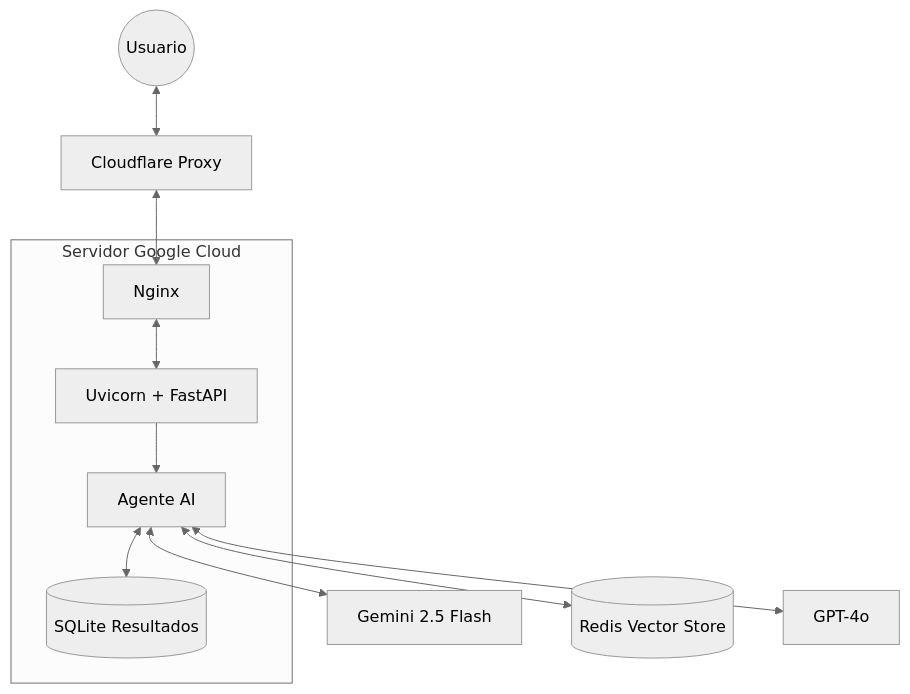
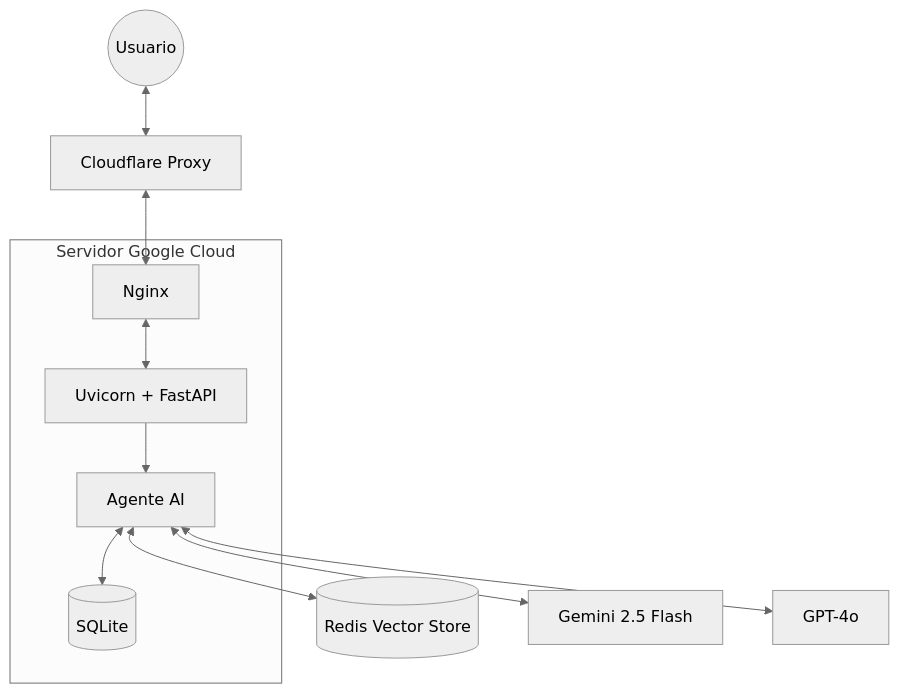
Before and after one commit to Seba516/agente-futbol-chileno: the diagram in README.md, drawn with Mermaid (neutral theme).

Commit message:
Readme grafico

````diff
--- a/README.md
+++ b/README.md
@@ -18,17 +18,21 @@
 ```mermaid
-graph TD
-subgraph GCE_Server["Servidor Google Cloud"]
+---
+config:
+  layout: fixed
+---
+flowchart TB
+ subgraph GCE_Server["Servidor Google Cloud"]
         Uvi["Uvicorn + FastAPI"]
         Nginx["Nginx"]
         Agente["Agente AI"]
-        SQL[("SQLite Resultados")]
+        SQL[("SQLite")]
   end
     User(("Usuario")) <--> CF["Cloudflare Proxy"]
     Nginx <--> Uvi
     Uvi --> Agente
-    Agente <--> SQL & n2["Gemini 2.5 Flash"] & n3[("Redis Vector Store")] & n1["GPT-4o"]
+    Agente <--> SQL & n3[("Redis Vector Store")] & n2["Gemini 2.5 Flash"] & n1["GPT-4o"]
     CF <--> Nginx
 
     n2@{ shape: rect}
     n1@{ shape: rect}
 ```
````
